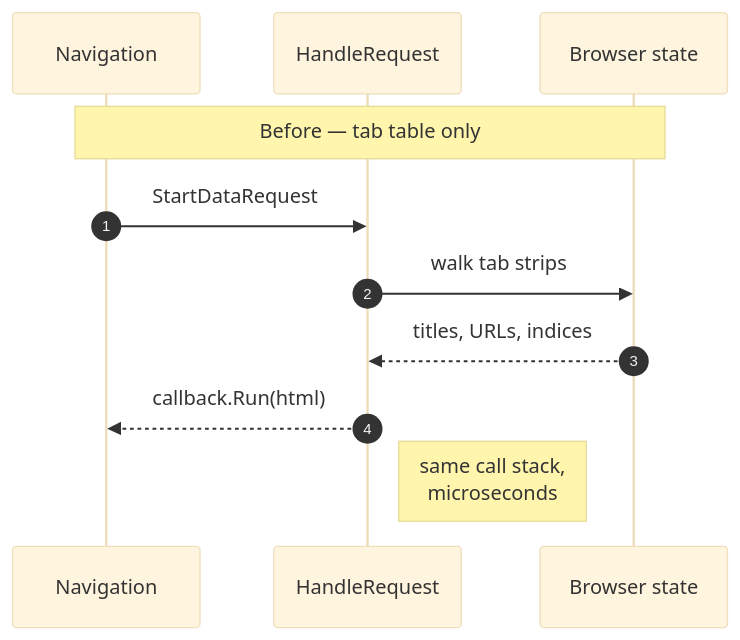
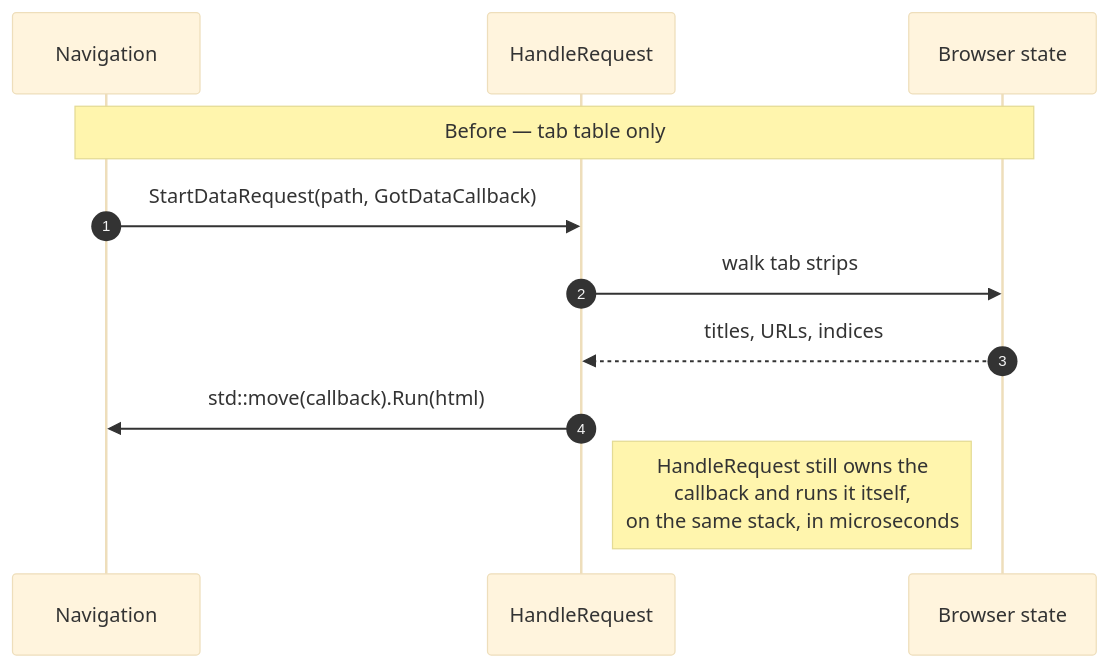
One commit to obeletski/chromium changed the second of 11 diagrams in docs/floating_window/floating-window-page-outlines.md. Above: the diagram before and after it, drawn with Mermaid (base theme). The commit also changed other lines of this file and 12 other files, not shown here.

````diff
--- a/docs/floating_window/floating-window-page-outlines.md
+++ b/docs/floating_window/floating-window-page-outlines.md
@@ -72,14 +102,14 @@
 ```mermaid
 sequenceDiagram
   autonumber
   participant N as Navigation
   participant HR as HandleRequest
   participant B as Browser state
 
   Note over N,B: Before — tab table only
-  N->>HR: StartDataRequest
+  N->>HR: StartDataRequest(path, GotDataCallback)
   HR->>B: walk tab strips
   B-->>HR: titles, URLs, indices
-  HR-->>N: callback.Run(html)
-  Note right of HR: same call stack,<br/>microseconds
+  HR->>N: std::move(callback).Run(html)
+  Note right of HR: HandleRequest still owns the<br/>callback and runs it itself,<br/>on the same stack, in microseconds
 ```
````
